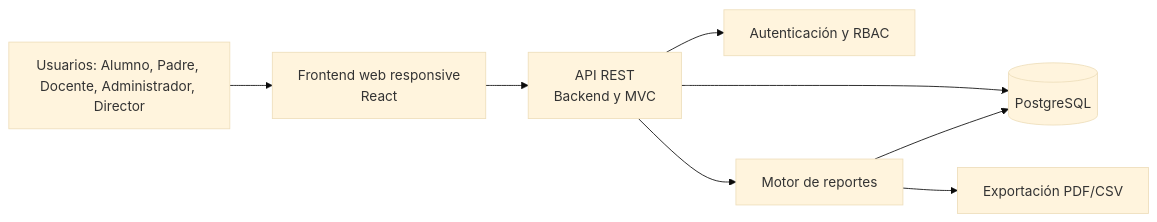
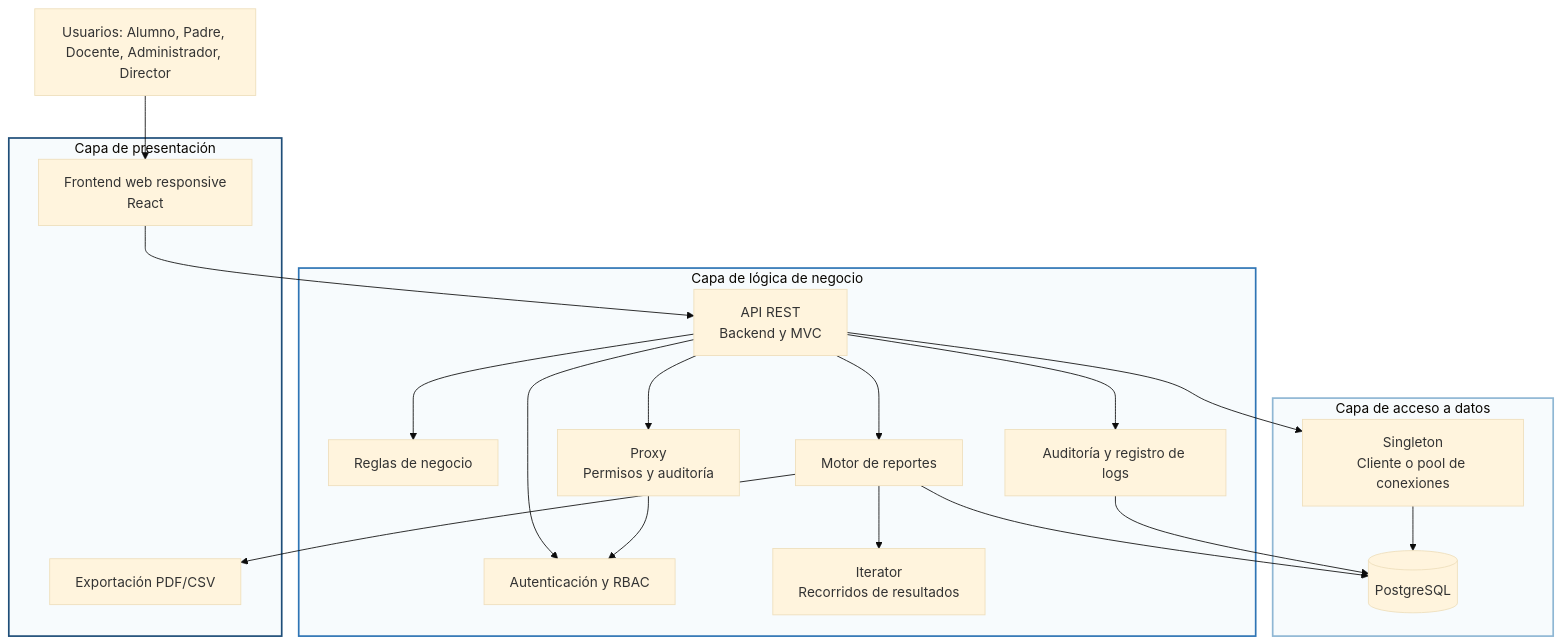
One commit to kahnaisehC/educar-para-transformar changed the second of 4 diagrams in docs/planDeTrabajo.md. Above: the diagram before and after it, drawn with Mermaid (base theme). The commit also changed other lines of this file and 38 other files, not shown here.

````diff
--- a/docs/planDeTrabajo.md
+++ b/docs/planDeTrabajo.md
@@ -262,18 +184,43 @@
 ```mermaid
- flowchart LR
-     u["Usuarios: Alumno, Padre, Docente, Administrador, Director"]
-     fe["Frontend web responsive<br/>React"]
-     api["API REST<br/>Backend y MVC"]
-     auth["Autenticación y RBAC"]
-     db[("PostgreSQL")]
-     rep["Motor de reportes"]
-     ext["Exportación PDF/CSV"]
+ flowchart TB
+     usuarios["Usuarios: Alumno, Padre, Docente, Administrador, Director"]
 
-    u --> fe
-    fe --> api
-    api --> auth
-    api --> db
-    api --> rep
-    rep --> db
-    rep --> ext
+     subgraph presentacion["Capa de presentación"]
+         frontend["Frontend web responsive<br/>React"]
+         exportacion["Exportación PDF/CSV"]
+     end
+
+     subgraph negocio["Capa de lógica de negocio"]
+         api["API REST<br/>Backend y MVC"]
+         auth["Autenticación y RBAC"]
+         reglas["Reglas de negocio"]
+         reportes["Motor de reportes"]
+         auditoria["Auditoría y registro de logs"]
+         iterator["Iterator<br/>Recorridos de resultados"]
+         proxy["Proxy<br/>Permisos y auditoría"]
+     end
+
+     subgraph datos["Capa de acceso a datos"]
+         singleton["Singleton<br/>Cliente o pool de conexiones"]
+         db[("PostgreSQL")]
+     end
+
+     usuarios --> frontend
+     frontend --> api
+     api --> auth
+     api --> reglas
+     api --> reportes
+     api --> auditoria
+     api --> proxy
+     reportes --> iterator
+     reportes --> db
+     reportes --> exportacion
+     auditoria --> db
+     proxy --> auth
+     api --> singleton
+     singleton --> db
+
+     style presentacion fill:#f7fbfd,stroke:#1f4e79,stroke-width:2px
+     style negocio fill:#f7fbfd,stroke:#2f75b5,stroke-width:2px
+     style datos fill:#f7fbfd,stroke:#8fb7d4,stroke-width:2px
 ```
````
